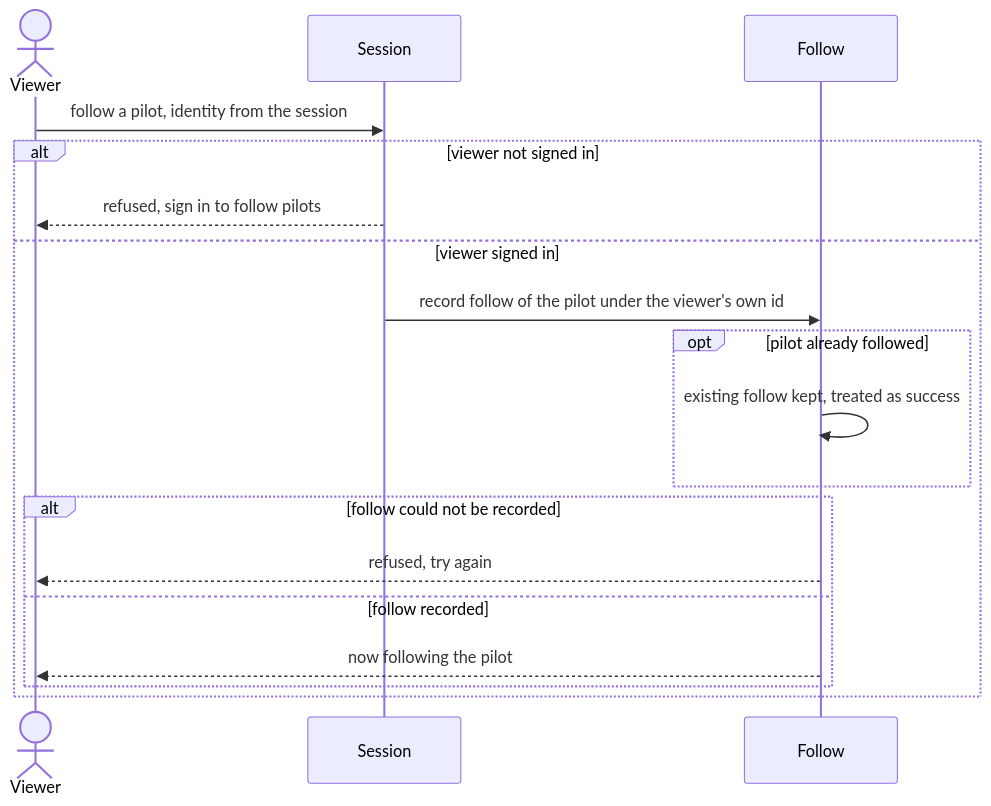
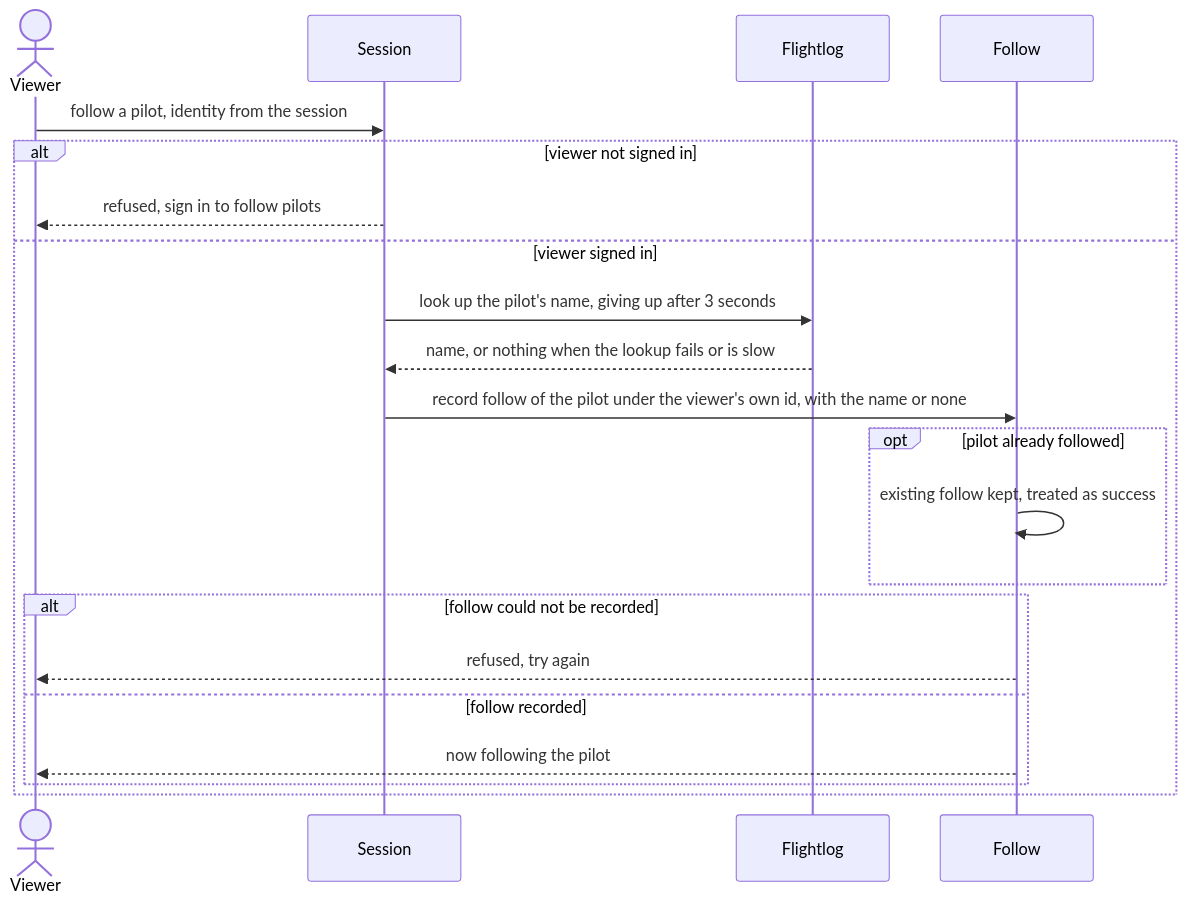
The diagram in docs/blueprint/flows/follow-pilot.md (SondreBakken/flight-log-remastered), drawn with Mermaid before and after one commit. The commit also changed other lines of this file and 3 other files, not shown here.

````diff
--- a/docs/blueprint/flows/follow-pilot.md
+++ b/docs/blueprint/flows/follow-pilot.md
@@ -5,20 +5,23 @@
 ```mermaid
 sequenceDiagram
     actor Viewer
     participant Session
+    participant Flightlog
     participant Follow
     Viewer->>Session: follow a pilot, identity from the session
     alt viewer not signed in
         Session-->>Viewer: refused, sign in to follow pilots
     else viewer signed in
-        Session->>Follow: record follow of the pilot under the viewer's own id
+        Session->>Flightlog: look up the pilot's name, giving up after 3 seconds
+        Flightlog-->>Session: name, or nothing when the lookup fails or is slow
+        Session->>Follow: record follow of the pilot under the viewer's own id, with the name or none
         opt pilot already followed
             Follow->>Follow: existing follow kept, treated as success
         end
         alt follow could not be recorded
             Follow-->>Viewer: refused, try again
         else follow recorded
             Follow-->>Viewer: now following the pilot
         end
     end
 ```
````
